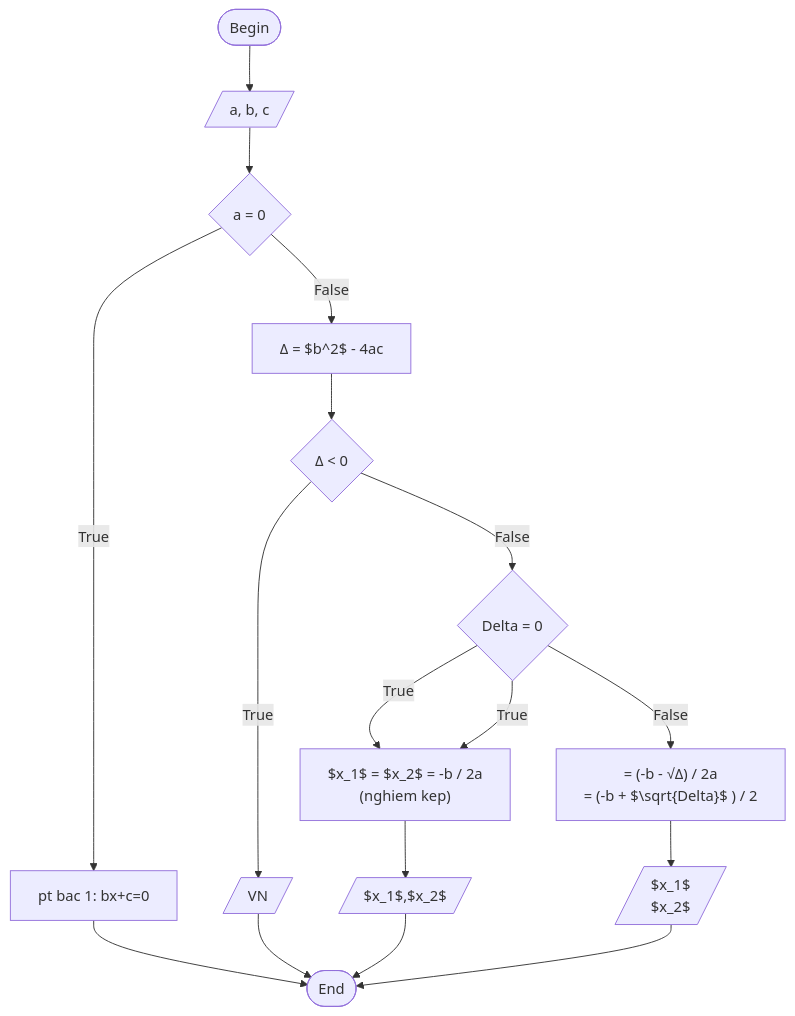
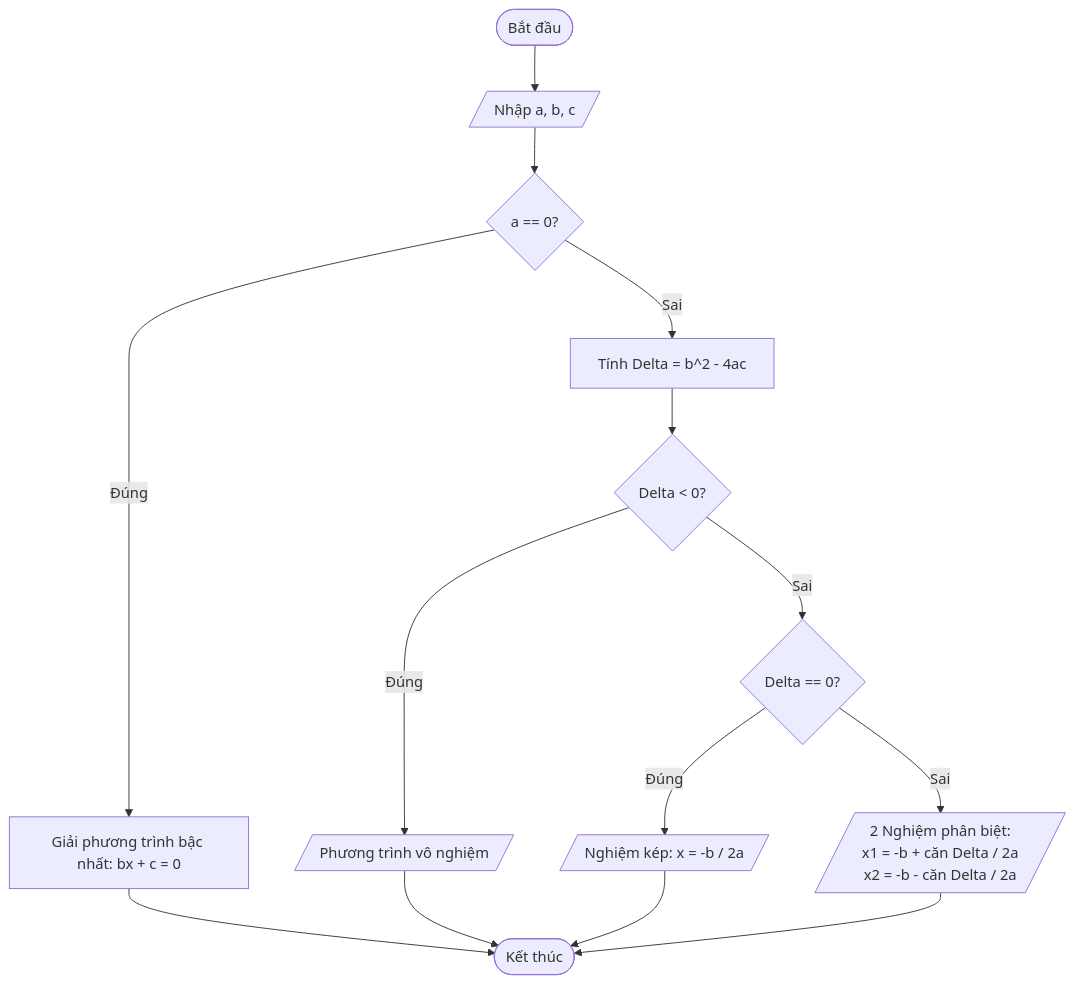
Before and after one commit to trang116974-cell/bai-thuc-hanh-01: the first of 2 diagrams in README.md, drawn with Mermaid.

````diff
--- a/README.md
+++ b/README.md
@@ -3,25 +3,24 @@
 ```mermaid
-graph TD
-   A([Begin]) --> B[/a, b, c/]
-    B --> C{a = 0} 
-    %% Neu a=0 dung (True)
-    C -- True --> D[pt bac 1: bx+c=0]
-    D --> End([End]) 
-    %% Neu a=0 sai(False) 
-    C -- False --> E["Δ = $b^2$ - 4ac"]
-    E --> F{Δ < 0} 
-    %% Neu Delta < 0 dung (True)
-    F -- True --> G[/VN/]
-    G --> End
-    %% Neu Delta < 0 sai (False)
-    F -- False --> H{Delta = 0}
-    %% Neu Delta = 0 dung (True)
-    H -- True --> I["$x_1$ = $x_2$ = -b / 2a<br>(nghiem kep)"]
-    H -- True --> I["$x_1$ = $x_2$ = -b / 2a<br>(nghiem kep)"]
-    I --> J[/$x_1$,$x_2$ /]
-    J --> End
-    %% Neu Delta = 0 sai (False)
-    H -- False --> K[" = (-b - √Δ) / 2a<br> = (-b + $\sqrt{Delta}$ ) / 2"]
-    K --> L[/$x_1$<br>$x_2$/]
-    L --> End
+flowchart TD
+    Start([Bắt đầu]) --> Input[/Nhập a, b, c/]
+    Input --> CondA{a == 0?}
+    
+    %% Nhánh a == 0
+    CondA -- Đúng --> PtBac1[Giải phương trình bậc nhất: bx + c = 0]
+    PtBac1 --> End([Kết thúc])
+    
+    %% Nhánh a != 0
+    CondA -- Sai --> CalcDelta[Tính Delta = b^2 - 4ac]
+    CalcDelta --> CondDelta{Delta < 0?}
+    
+    CondDelta -- Đúng --> TxtVN[/Phương trình vô nghiệm/]
+    TxtVN --> End
+    
+    CondDelta -- Sai --> CondDeltaZero{Delta == 0?}
+    
+    CondDeltaZero -- Đúng --> TxtNK[/Nghiệm kép: x = -b / 2a/]
+    TxtNK --> End
+    
+    CondDeltaZero -- Sai --> Txt2N[/2 Nghiệm phân biệt:<br>x1 = -b + căn Delta / 2a<br>x2 = -b - căn Delta / 2a/]
+    Txt2N --> End
 ```
````
